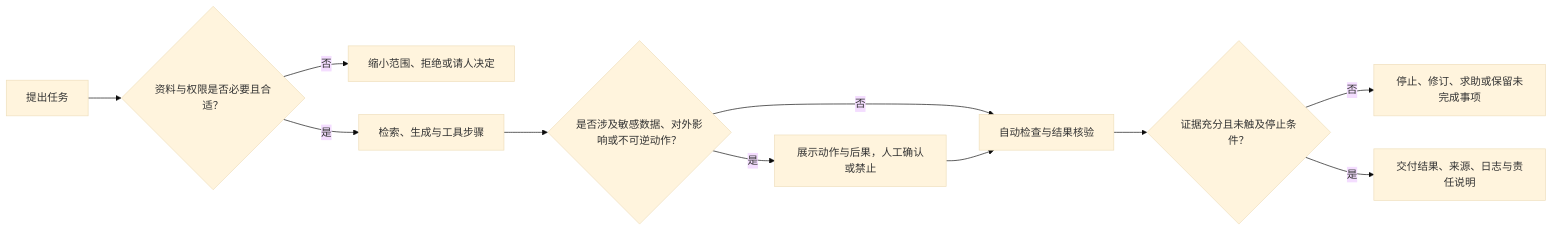
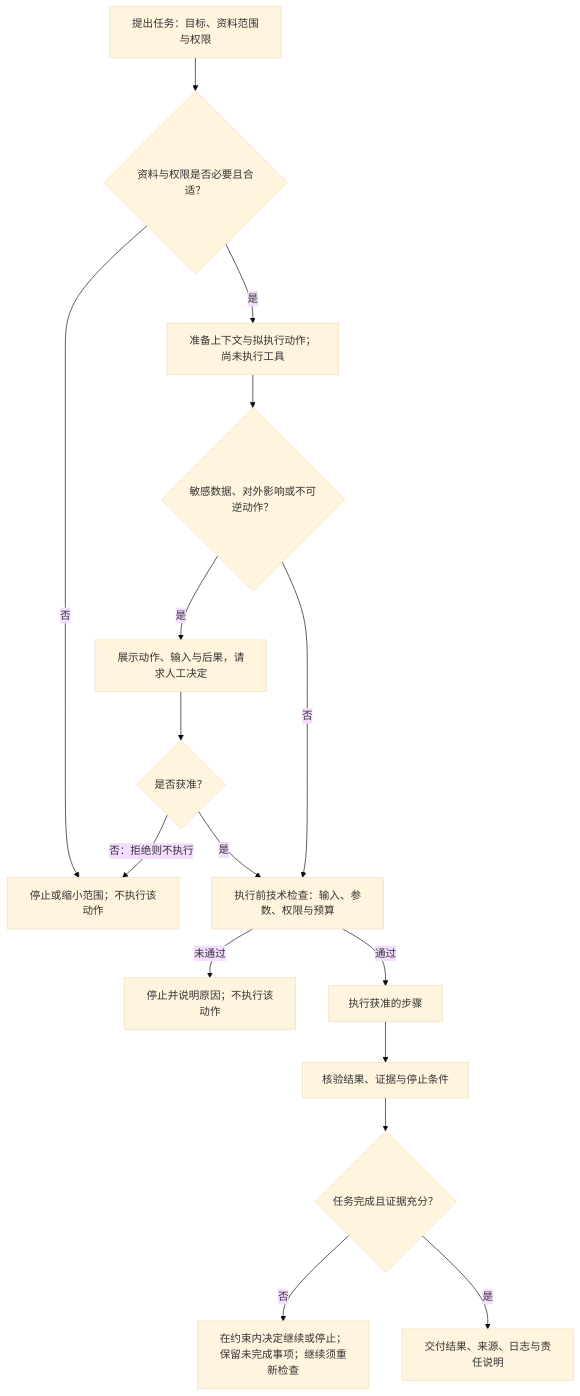
Before and after one commit to X-lab2017/AIOS101: the eighth of 8 diagrams in textbook/chapters/CH06-model-to-agents.md, drawn with Mermaid (base theme). The commit also changed other lines of this file and 63 other files, not shown here.

````diff
--- a/textbook/chapters/CH06-model-to-agents.md
+++ b/textbook/chapters/CH06-model-to-agents.md
@@ -492,13 +492,18 @@
 ```mermaid
-flowchart LR
-    T["提出任务"] --> R{"资料与权限是否必要且合适？"}
-    R -->|否| X["缩小范围、拒绝或请人决定"]
-    R -->|是| P["检索、生成与工具步骤"]
-    P --> C{"是否涉及敏感数据、对外影响或不可逆动作？"}
-    C -->|是| H["展示动作与后果，人工确认或禁止"]
-    C -->|否| V["自动检查与结果核验"]
-    H --> V
-    V --> E{"证据充分且未触及停止条件？"}
-    E -->|否| S["停止、修订、求助或保留未完成事项"]
+flowchart TD
+    T["提出任务：目标、资料范围与权限"] --> R{"资料与权限是否必要且合适？"}
+    R -->|否| X["停止或缩小范围；不执行该动作"]
+    R -->|是| P["准备上下文与拟执行动作；尚未执行工具"]
+    P --> C{"敏感数据、对外影响或不可逆动作？"}
+    C -->|是| H["展示动作、输入与后果，请求人工决定"]
+    H --> A{"是否获准？"}
+    A -->|否：拒绝则不执行| X
+    A -->|是| K["执行前技术检查：输入、参数、权限与预算"]
+    C -->|否| K
+    K -->|未通过| S["停止并说明原因；不执行该动作"]
+    K -->|通过| W["执行获准的步骤"]
+    W --> V["核验结果、证据与停止条件"]
+    V --> E{"任务完成且证据充分？"}
+    E -->|否| B["在约束内决定继续或停止；保留未完成事项；继续须重新检查"]
     E -->|是| O["交付结果、来源、日志与责任说明"]
 ```
````
